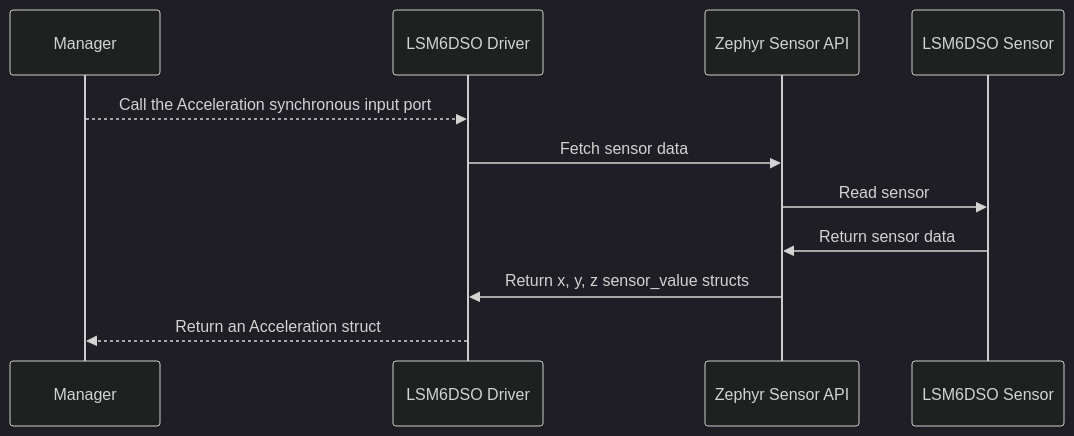
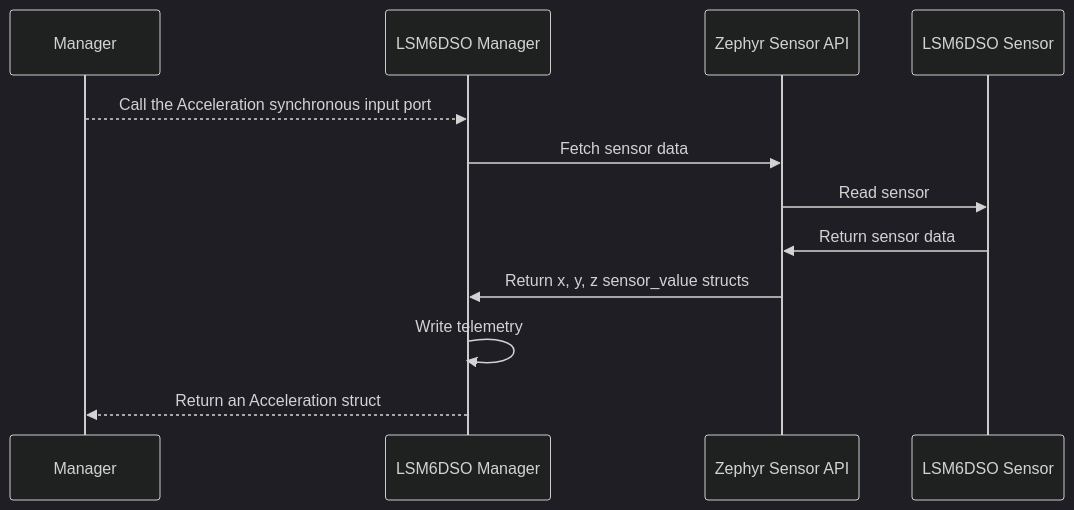
One commit to Open-Source-Space-Foundation/proves-core-reference changed the second of 4 diagrams in FprimeZephyrReference/Components/Drv/Lsm6dsoManager/docs/sdd.md. Above: the diagram before and after it, drawn with Mermaid (dark theme). The commit also changed other lines of this file and 11 other files, not shown here.

Commit message:
clear throttle, configure lsm6 sensor, read->get

````diff
--- a/FprimeZephyrReference/Components/Drv/Lsm6dsoManager/docs/sdd.md
+++ b/FprimeZephyrReference/Components/Drv/Lsm6dsoManager/docs/sdd.md
@@ -47,14 +48,15 @@
 ```mermaid
 sequenceDiagram
     participant Manager
-    participant LSM6DSO Driver
+    participant LSM6DSO Manager
     participant Zephyr Sensor API
     participant LSM6DSO Sensor
 
-    Manager-->>LSM6DSO Driver: Call the Acceleration synchronous input port
-    LSM6DSO Driver->>Zephyr Sensor API: Fetch sensor data
+    Manager-->>LSM6DSO Manager: Call the Acceleration synchronous input port
+    LSM6DSO Manager->>Zephyr Sensor API: Fetch sensor data
     Zephyr Sensor API->>LSM6DSO Sensor: Read sensor
     LSM6DSO Sensor->>Zephyr Sensor API: Return sensor data
-    Zephyr Sensor API->>LSM6DSO Driver: Return x, y, z sensor_value structs
-    LSM6DSO Driver-->>Manager: Return an Acceleration struct
+    Zephyr Sensor API->>LSM6DSO Manager: Return x, y, z sensor_value structs
+    LSM6DSO Manager->>LSM6DSO Manager: Write telemetry
+    LSM6DSO Manager-->>Manager: Return an Acceleration struct
 ```
````
